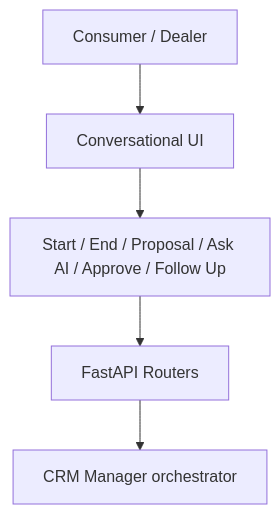
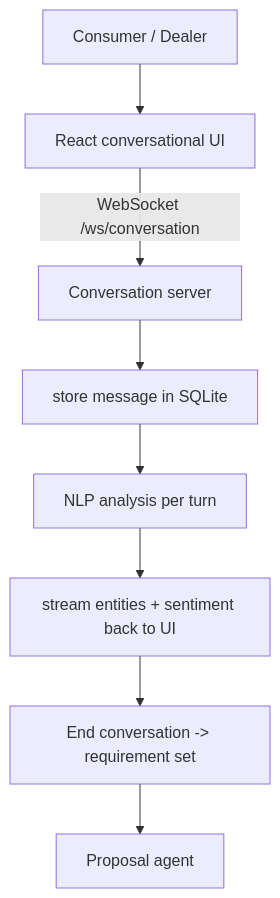
The diagram in docs/architecture/01-conversational-crm-application.md (Gags-31/HubSpot-AI-CRM), drawn with Mermaid before and after one commit. The commit also changed other lines of this file and 62 other files, not shown here.

Commit message:
v3: SQLite persistence, 11 agents, JWT/RBAC security, WebSocket chat, vector store RAG, ML models, job runner, telemetry, seed data, CI, expanded website

````diff
--- a/docs/architecture/01-conversational-crm-application.md
+++ b/docs/architecture/01-conversational-crm-application.md
@@ -9,7 +9,10 @@
 ```mermaid
 flowchart TD
-  U[Consumer / Dealer] --> UI[Conversational UI]
-  UI --> B[Start / End / Proposal / Ask AI / Approve / Follow Up]
-  B --> API[FastAPI Routers]
-  API --> AG[CRM Manager orchestrator]
+  U[Consumer / Dealer] --> UI[React conversational UI]
+  UI -->|WebSocket /ws/conversation| WS[Conversation server]
+  WS --> REC[store message in SQLite]
+  REC --> NLP[NLP analysis per turn]
+  NLP --> LIVE[stream entities + sentiment back to UI]
+  LIVE --> CLOSE[End conversation -> requirement set]
+  CLOSE --> PROPOSAL[Proposal agent]
 ```
````
